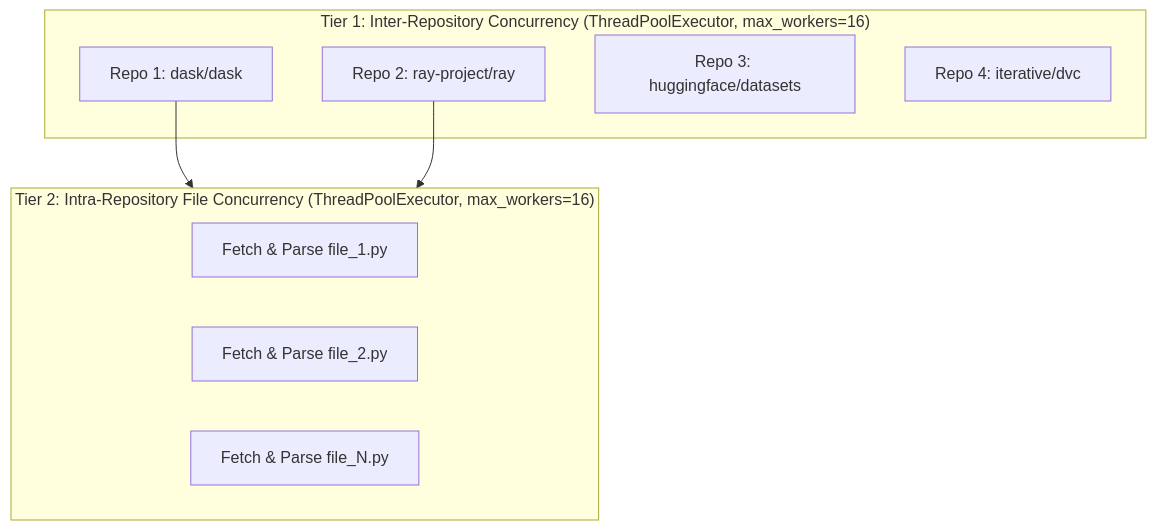
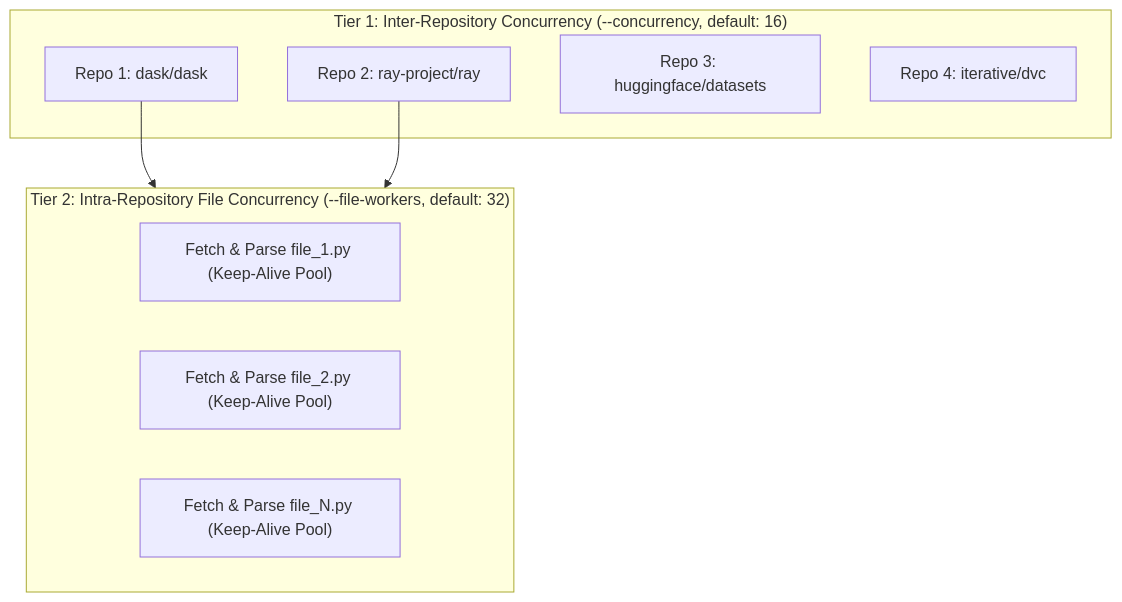
One commit to raj-prince/gcs-clients-optics changed the sixth of 6 diagrams in docs/DESIGN.md. Above: the diagram before and after it, drawn with Mermaid. The commit also changed other lines of this file and 13 other files, not shown here.

````diff
--- a/docs/DESIGN.md
+++ b/docs/DESIGN.md
@@ -347,18 +347,18 @@
 ```mermaid
 graph TD
-    subgraph RepoConcurrency ["Tier 1: Inter-Repository Concurrency (ThreadPoolExecutor, max_workers=16)"]
+    subgraph RepoConcurrency ["Tier 1: Inter-Repository Concurrency (--concurrency, default: 16)"]
         R1["Repo 1: dask/dask"]
         R2["Repo 2: ray-project/ray"]
         R3["Repo 3: huggingface/datasets"]
         R4["Repo 4: iterative/dvc"]
     end
 
-    subgraph FileConcurrency ["Tier 2: Intra-Repository File Concurrency (ThreadPoolExecutor, max_workers=16)"]
-        F1["Fetch & Parse file_1.py"]
-        F2["Fetch & Parse file_2.py"]
-        F3["Fetch & Parse file_N.py"]
+    subgraph FileConcurrency ["Tier 2: Intra-Repository File Concurrency (--file-workers, default: 32)"]
+        F1["Fetch & Parse file_1.py (Keep-Alive Pool)"]
+        F2["Fetch & Parse file_2.py (Keep-Alive Pool)"]
+        F3["Fetch & Parse file_N.py (Keep-Alive Pool)"]
     end
 
     R1 --> FileConcurrency
     R2 --> FileConcurrency
 ```
````
